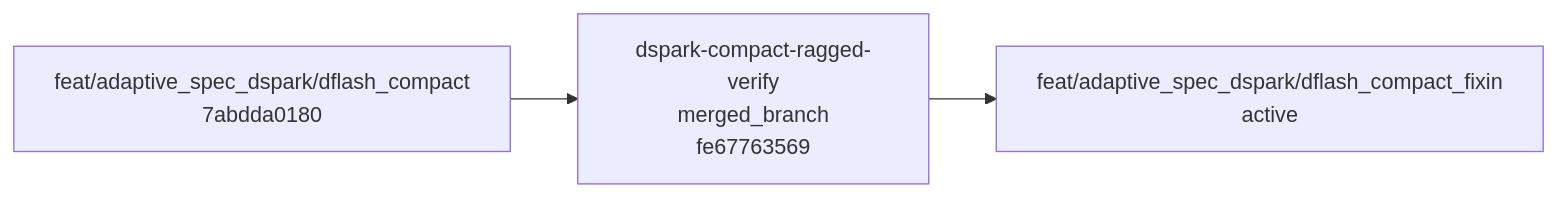
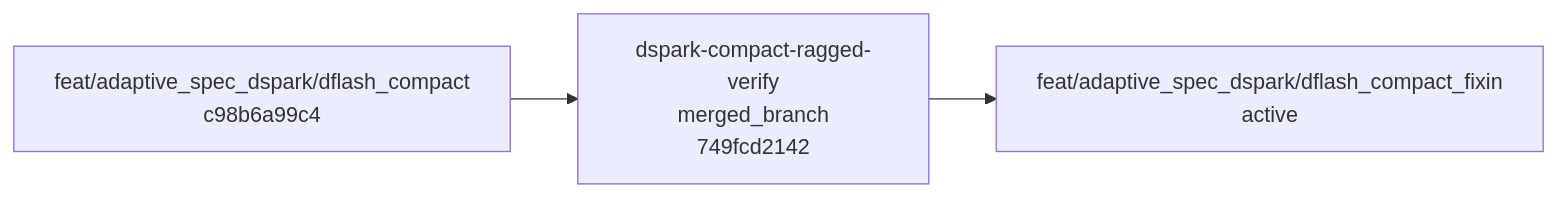
One commit to EanWang211123/sglang changed the third of 5 diagrams in BRANCH_GRAPH.md. Above: the diagram before and after it, drawn with Mermaid. The commit also changed other lines of this file and 5 other files, not shown here.

Commit message:
chore: refresh rebased branch stack registry

````diff
--- a/BRANCH_GRAPH.md
+++ b/BRANCH_GRAPH.md
@@ -84,9 +86,9 @@
 ```mermaid
 flowchart LR
-    stack_base_dflash_compact_fixin["feat/adaptive_spec_dspark/dflash_compact<br/>7abdda0180"]
-    stack_dflash_compact_fixin_1["dspark-compact-ragged-verify<br/>merged_branch<br/>fe67763569"]
+    stack_base_dflash_compact_fixin["feat/adaptive_spec_dspark/dflash_compact<br/>c98b6a99c4"]
+    stack_dflash_compact_fixin_1["dspark-compact-ragged-verify<br/>merged_branch<br/>749fcd2142"]
     stack_base_dflash_compact_fixin --> stack_dflash_compact_fixin_1
     click stack_dflash_compact_fixin_1 "https://github.com/sgl-project/sglang/pull/38897"
     stack_output_dflash_compact_fixin["feat/adaptive_spec_dspark/dflash_compact_fixin<br/>active"]
     stack_dflash_compact_fixin_1 --> stack_output_dflash_compact_fixin
 ```
````
